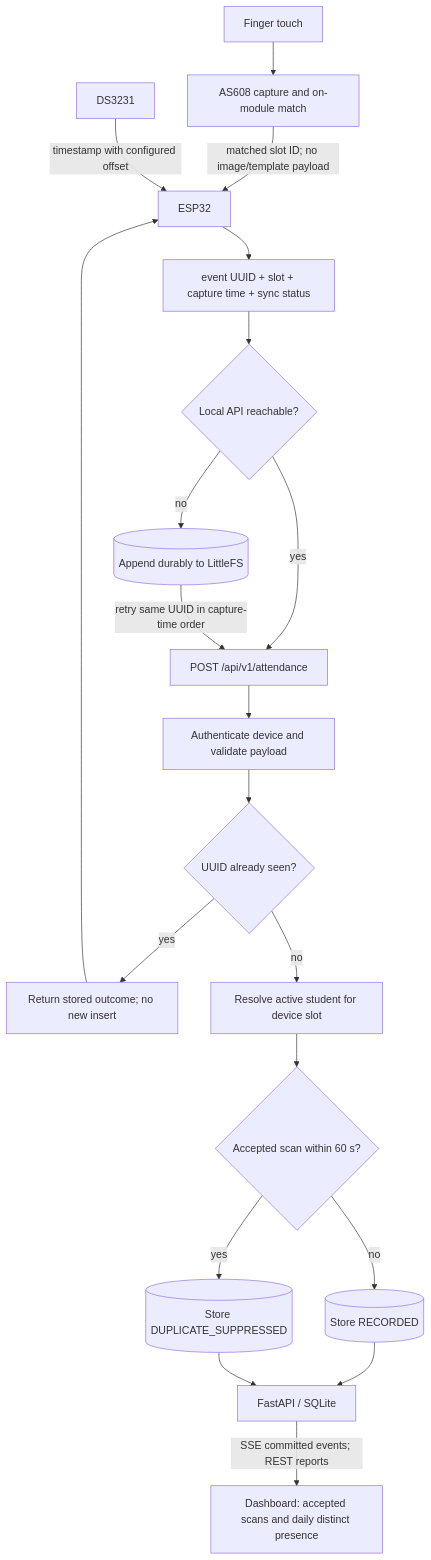
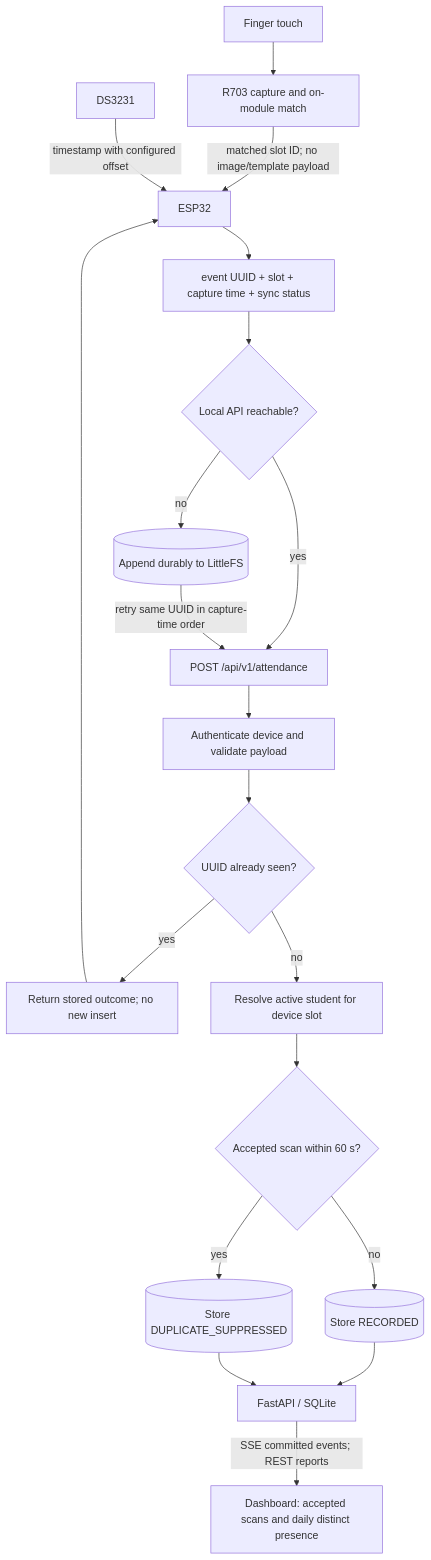
The diagram in diagrams/data-flow.mmd (Wireshreck/biometric-attendance), drawn with Mermaid before and after one commit. The commit also changed 40 other files, not shown here.

```diff
--- a/diagrams/data-flow.mmd
+++ b/diagrams/data-flow.mmd
@@ -1,20 +1,20 @@
 flowchart TD
-  Finger[Finger touch] --> Sensor[AS608 capture and on-module match]
+  Finger[Finger touch] --> Sensor[R703 capture and on-module match]
   Sensor -->|matched slot ID; no image/template payload| MCU[ESP32]
   RTC[DS3231] -->|timestamp with configured offset| MCU
   MCU --> Event[event UUID + slot + capture time + sync status]
   Event --> Online{Local API reachable?}
   Online -->|yes| Post[POST /api/v1/attendance]
   Online -->|no| Persist[(Append durably to LittleFS)]
   Persist -->|retry same UUID in capture-time order| Post
   Post --> Validate[Authenticate device and validate payload]
   Validate --> Decide{UUID already seen?}
   Decide -->|yes| ReturnSaved[Return stored outcome; no new insert]
   Decide -->|no| Resolve[Resolve active student for device slot]
   Resolve --> Window{Accepted scan within 60 s?}
   Window -->|yes| Suppressed[(Store DUPLICATE_SUPPRESSED)]
   Window -->|no| Recorded[(Store RECORDED)]
   Recorded --> API[FastAPI / SQLite]
   Suppressed --> API
   ReturnSaved --> MCU
   API -->|SSE committed events; REST reports| Dashboard[Dashboard: accepted scans and daily distinct presence]
```
